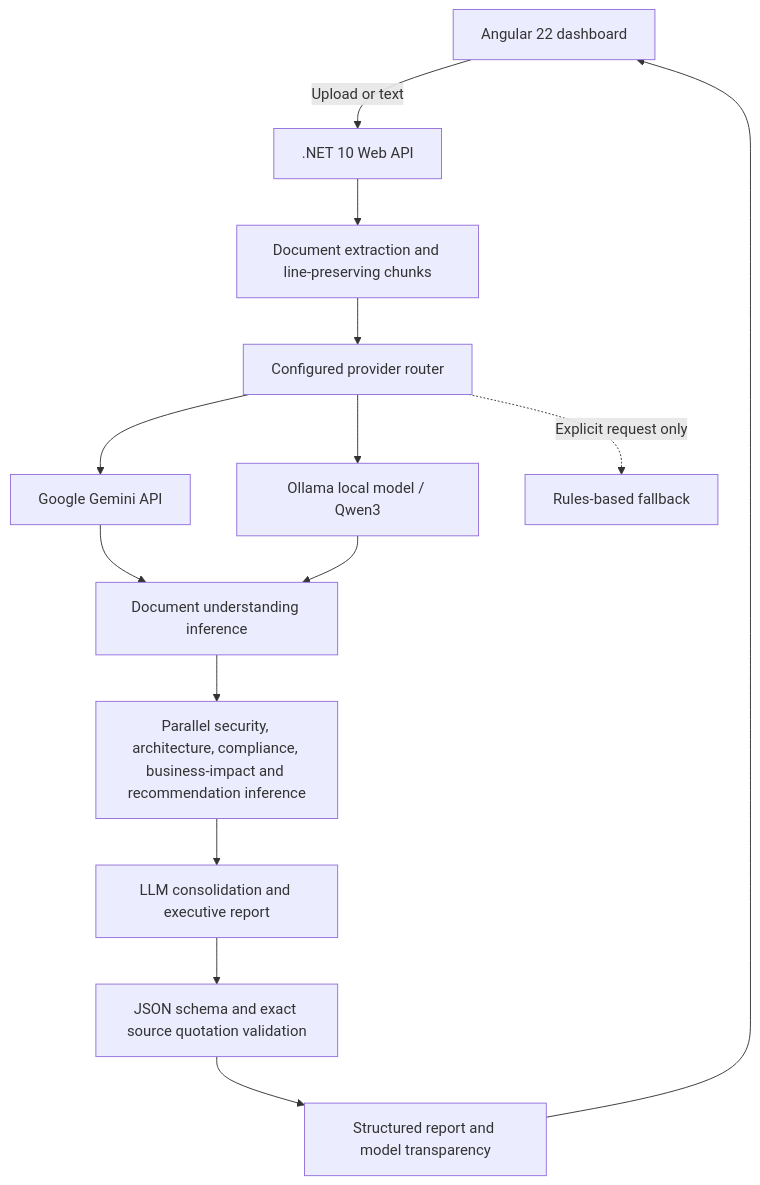
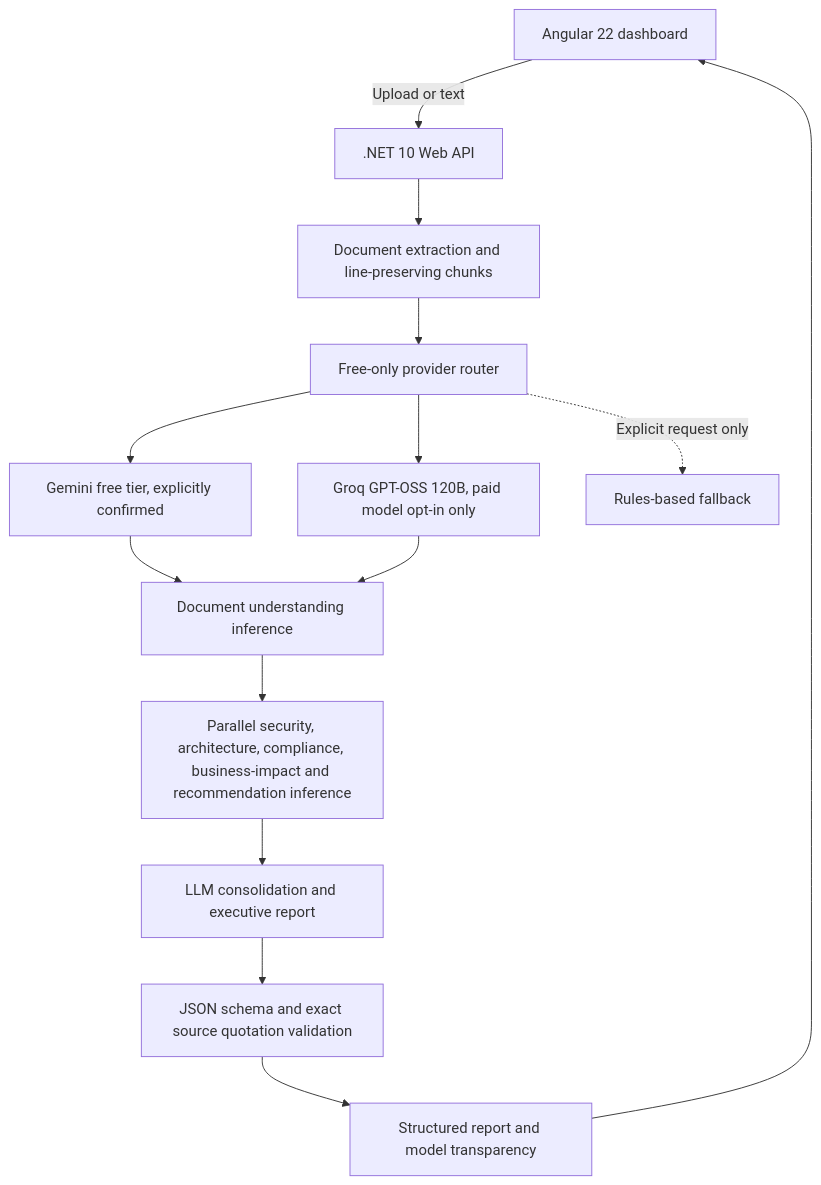
The diagram in README.md (ramaputhiran87/AI_Digest), drawn with Mermaid before and after one commit. The commit also changed other lines of this file and 32 other files, not shown here.

````diff
--- a/README.md
+++ b/README.md
@@ -7,16 +7,16 @@
 ```mermaid
 flowchart TD
     UI[Angular 22 dashboard] -->|Upload or text| API[.NET 10 Web API]
     API --> PARSE[Document extraction and line-preserving chunks]
-    PARSE --> ROUTER[Configured provider router]
-    ROUTER --> GEMINI[Google Gemini API]
-    ROUTER --> OLLAMA[Ollama local model / Qwen3]
+    PARSE --> ROUTER[Free-only provider router]
+    ROUTER --> GEMINI[Gemini free tier, explicitly confirmed]
+    ROUTER --> GROQ[Groq GPT-OSS 120B, paid model opt-in only]
     GEMINI --> UNDERSTAND[Document understanding inference]
-    OLLAMA --> UNDERSTAND
+    GROQ --> UNDERSTAND
     UNDERSTAND --> SPECIALISTS[Parallel security, architecture, compliance, business-impact and recommendation inference]
     SPECIALISTS --> CONSOLIDATE[LLM consolidation and executive report]
     CONSOLIDATE --> VERIFY[JSON schema and exact source quotation validation]
     VERIFY --> RESPONSE[Structured report and model transparency]
     RESPONSE --> UI
     ROUTER -. Explicit request only .-> RULES[Rules-based fallback]
 ```
````
